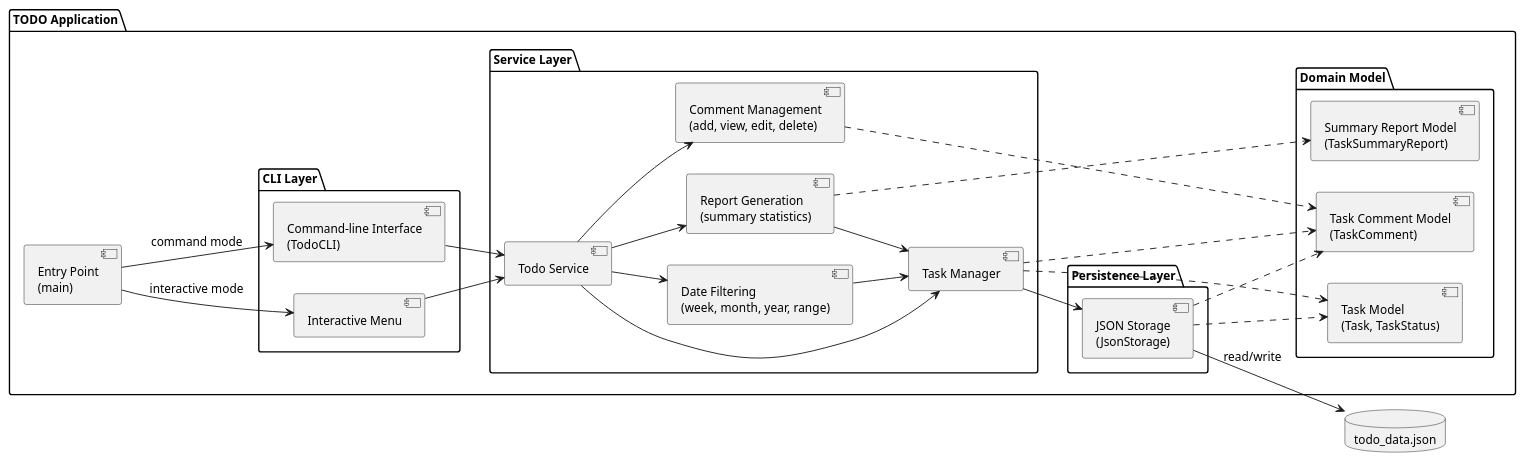
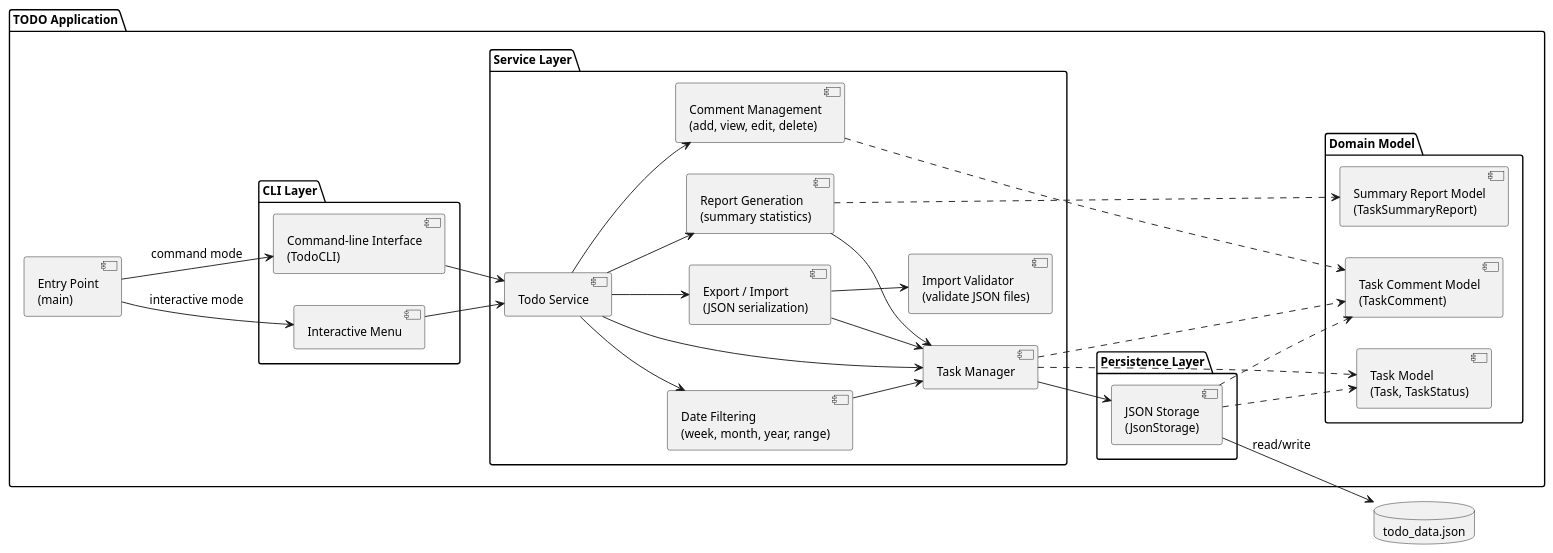
One commit to DanielRiha8906/Software_autoevolution_using_agents changed the diagram in experiments/pipeline/user_stories/TODO/artifacts/component_diagram.puml. Above: the diagram before and after it, drawn with PlantUML. The commit also changed 12 other files, not shown here.

```diff
--- a/experiments/pipeline/user_stories/TODO/artifacts/component_diagram.puml
+++ b/experiments/pipeline/user_stories/TODO/artifacts/component_diagram.puml
@@ -1,60 +1,65 @@
 @startuml component_diagram
 
 skinparam componentStyle uml2
 skinparam defaultFontSize 13
 
 left to right direction
 
 package "TODO Application" {
 
     component "Entry Point\n(main)" as Main
 
     package "CLI Layer" {
         component "Interactive Menu" as IM
         component "Command-line Interface\n(TodoCLI)" as CLI
     }
 
     package "Service Layer" {
         component "Todo Service" as SVC
         component "Task Manager" as MGR
         component "Comment Management\n(add, view, edit, delete)" as CMT
         component "Date Filtering\n(week, month, year, range)" as DateFilter
         component "Report Generation\n(summary statistics)" as Report
+        component "Import Validator\n(validate JSON files)" as ImportVal
+        component "Export / Import\n(JSON serialization)" as ExportImport
     }
 
     package "Domain Model" {
         component "Task Model\n(Task, TaskStatus)" as Model
         component "Task Comment Model\n(TaskComment)" as CommentModel
         component "Summary Report Model\n(TaskSummaryReport)" as ReportModel
     }
 
     package "Persistence Layer" {
         component "JSON Storage\n(JsonStorage)" as Storage
     }
 }
 
 database "todo_data.json" as DB
 
 Main --> IM : interactive mode
 Main --> CLI : command mode
 
 IM --> SVC
 CLI --> SVC
 
 SVC --> MGR
 SVC --> CMT
 SVC --> DateFilter
 SVC --> Report
+SVC --> ExportImport
+ExportImport --> ImportVal
+ExportImport --> MGR
 DateFilter --> MGR
 Report --> MGR
 MGR --> Storage
 MGR ..> Model
 MGR ..> CommentModel
 CMT ..> CommentModel
 Report ..> ReportModel
 Storage ..> Model
 Storage ..> CommentModel
 
 Storage --> DB : read/write
 
 @enduml
```
